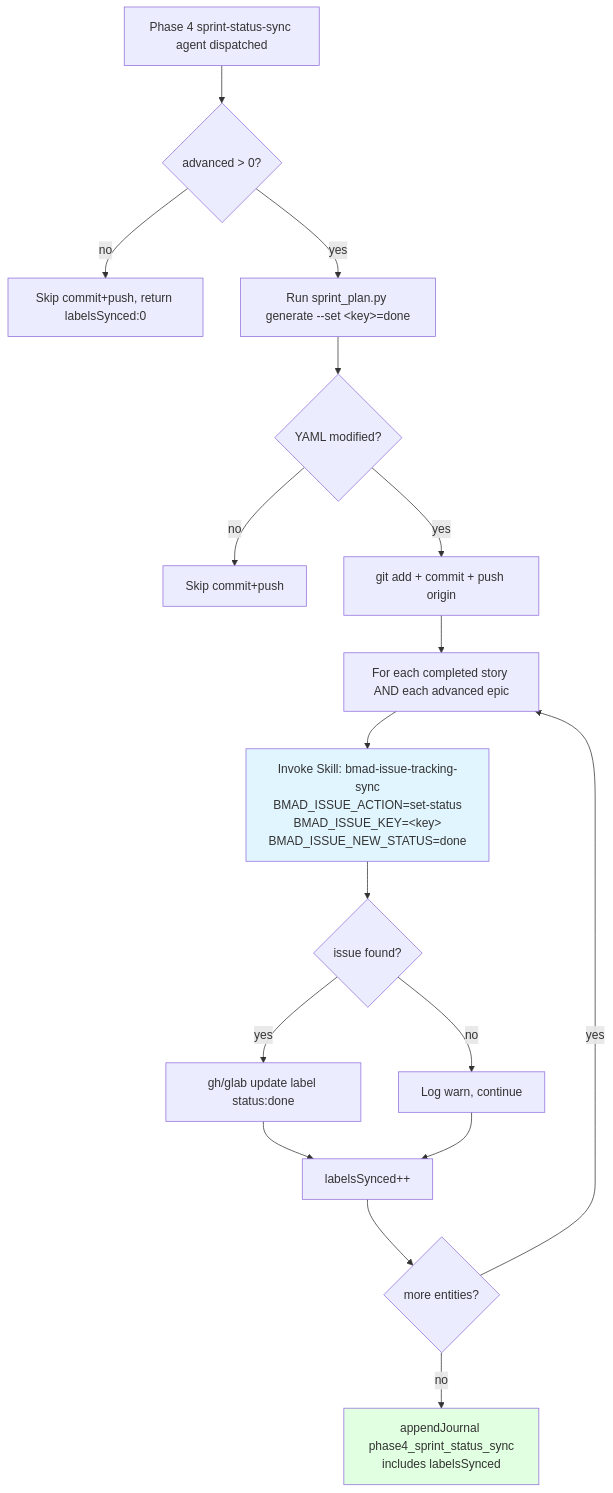
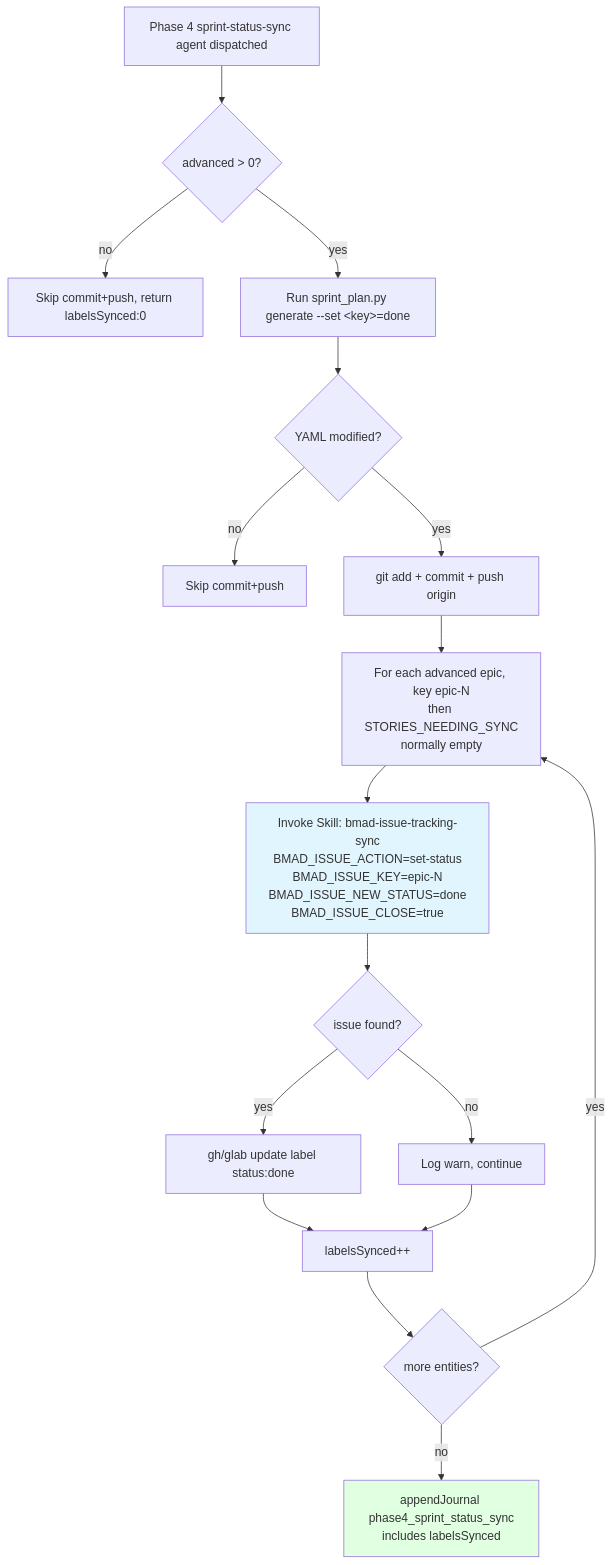
Before and after one commit to jrevillard/bmad-orchestration: the fourth of 5 diagrams in docs/orchestrator-flow.md, drawn with Mermaid. The commit also changed other lines of this file and 3 other files, not shown here.

First line of the commit message:
fix(orchestration): sync tracker issue lifecycle to the Skill contract

````diff
--- a/docs/orchestrator-flow.md
+++ b/docs/orchestrator-flow.md
@@ -208,22 +224,22 @@
 ```mermaid
 flowchart TD
     A[Phase 4 sprint-status-sync agent dispatched] --> B{advanced > 0?}
     B -- no --> Z1[Skip commit+push, return labelsSynced:0]
     B -- yes --> C[Run sprint_plan.py generate --set &lt;key&gt;=done]
     C --> D{YAML modified?}
     D -- no --> Z2[Skip commit+push]
     D -- yes --> E[git add + commit + push origin]
-    E --> F[For each completed story AND each advanced epic]
-    F --> G[Invoke Skill: bmad-issue-tracking-sync<br/>BMAD_ISSUE_ACTION=set-status<br/>BMAD_ISSUE_KEY=&lt;key&gt;<br/>BMAD_ISSUE_NEW_STATUS=done]
+    E --> F[For each advanced epic, key epic-N<br/>then STORIES_NEEDING_SYNC<br/>normally empty]
+    F --> G[Invoke Skill: bmad-issue-tracking-sync<br/>BMAD_ISSUE_ACTION=set-status<br/>BMAD_ISSUE_KEY=epic-N<br/>BMAD_ISSUE_NEW_STATUS=done<br/>BMAD_ISSUE_CLOSE=true]
     G --> H{issue found?}
     H -- yes --> I[gh/glab update label status:done]
     H -- no --> J[Log warn, continue]
     I --> K[labelsSynced++]
     J --> K
     K --> L{more entities?}
     L -- yes --> F
     L -- no --> M[appendJournal phase4_sprint_status_sync<br/>includes labelsSynced]
 
     style G fill:#e1f5ff
     style M fill:#e1ffe1
 ```
````
